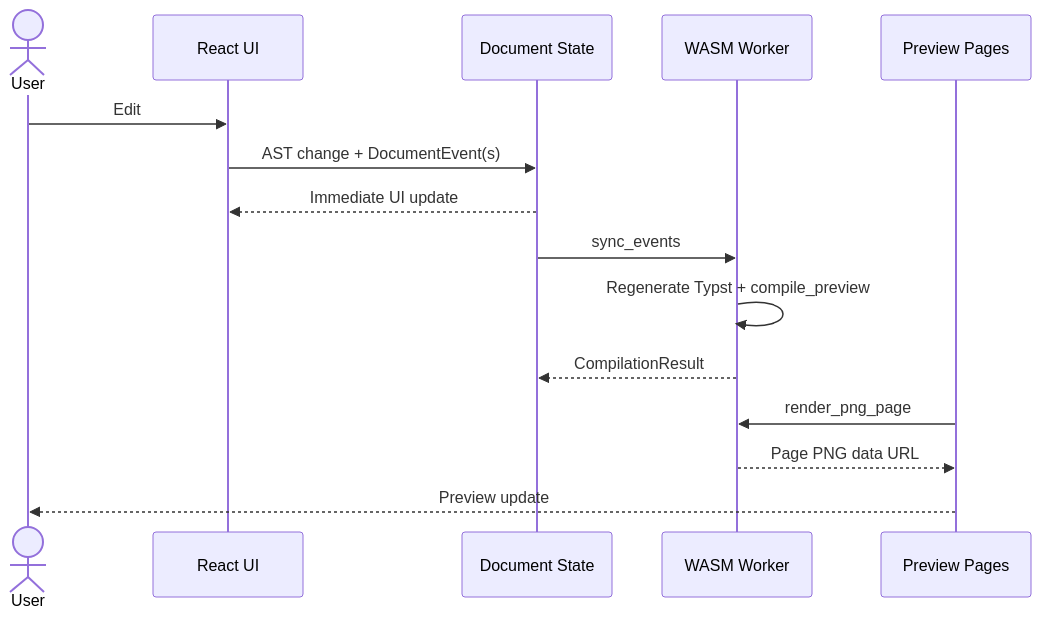
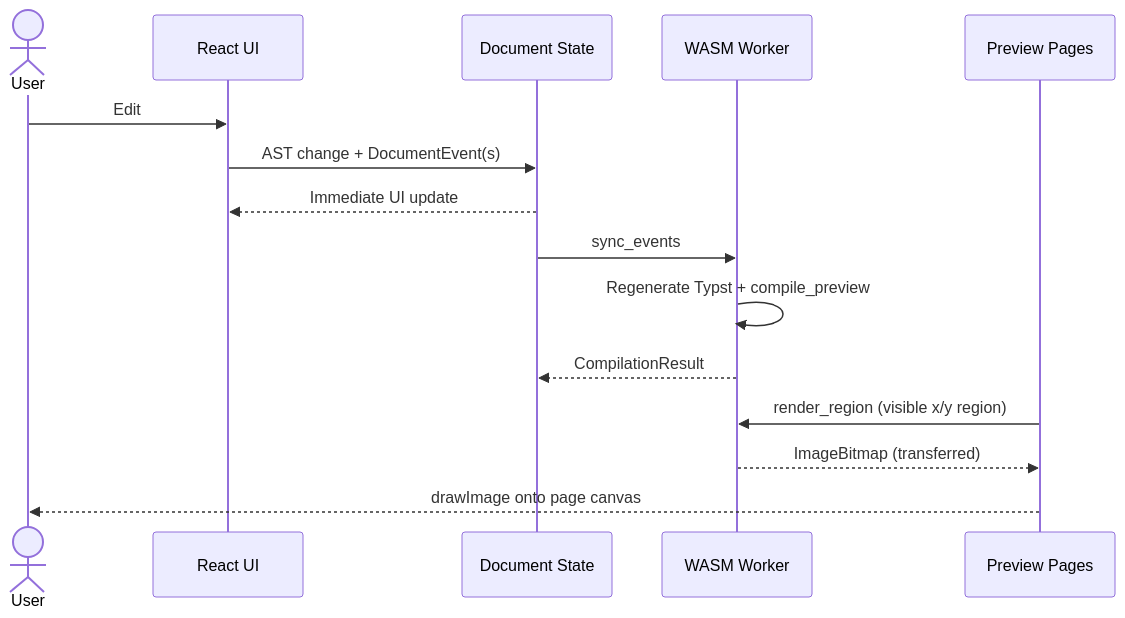
The first of 10 diagrams in context/sequence-diagrams.md (andmoreduro/ergo), drawn with Mermaid before and after one commit. The commit also changed other lines of this file and 58 other files, not shown here.

````diff
--- a/context/sequence-diagrams.md
+++ b/context/sequence-diagrams.md
@@ -7,17 +7,17 @@
 ```mermaid
 sequenceDiagram
     actor User
     participant UI as React UI
     participant State as Document State
     participant Worker as WASM Worker
     participant Preview as Preview Pages
     User->>UI: Edit
     UI->>State: AST change + DocumentEvent(s)
     State-->>UI: Immediate UI update
     State->>Worker: sync_events
     Worker->>Worker: Regenerate Typst + compile_preview
     Worker-->>State: CompilationResult
-    Preview->>Worker: render_png_page
-    Worker-->>Preview: Page PNG data URL
-    Preview-->>User: Preview update
+    Preview->>Worker: render_region (visible x/y region)
+    Worker-->>Preview: ImageBitmap (transferred)
+    Preview-->>User: drawImage onto page canvas
 ```
````
